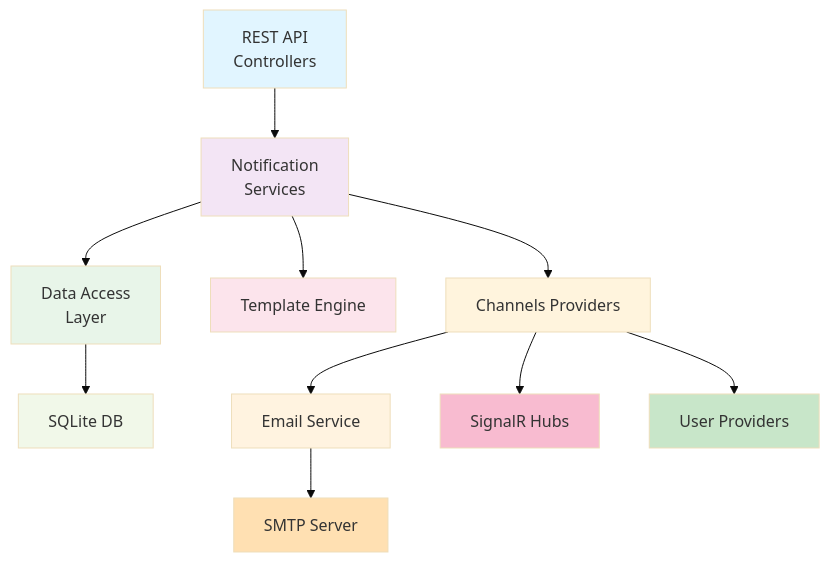
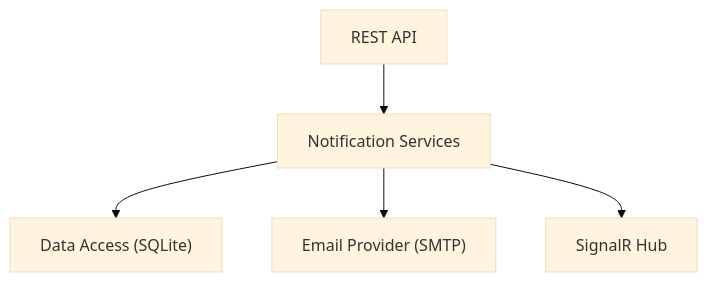
Before and after one commit to AzerQ/notifications-service: the diagram in README.md, drawn with Mermaid (base theme). The commit also changed other lines of this file and 45 other files, not shown here.

````diff
--- a/README.md
+++ b/README.md
@@ -333,40 +23,7 @@
 ```mermaid
 graph TD
-    A["REST API<br/>Controllers"]
-    B["Notification<br/>Services"]
-    C["Data Access<br/>Layer"]
-    
-    D["Email Service"]
-    E["Template Engine"]
-    F["SQLite DB"]
-    
-    G["SMTP Server"]
-    H["SignalR Hubs"]
-    I["User Providers"]
-    Z["Channels Providers"]
-    
-    A --> B
-
-    B --> C
-    C --> F
-    D --> G
-
-    B --> E
-    B --> Z
-
-    Z --> D
-    Z --> H
-    Z --> I
-
-
-
-    style A fill:#e1f5ff
-    style B fill:#f3e5f5
-    style C fill:#e8f5e9
-    style D fill:#fff3e0
-    style E fill:#fce4ec
-    style F fill:#f1f8e9
-    style G fill:#ffe0b2
-    style H fill:#f8bbd0
-    style I fill:#c8e6c9
+    A["REST API"] --> B["Notification Services"]
+    B --> C["Data Access (SQLite)"]
+    B --> D["Email Provider (SMTP)"]
+    B --> E["SignalR Hub"]
 ```
````
